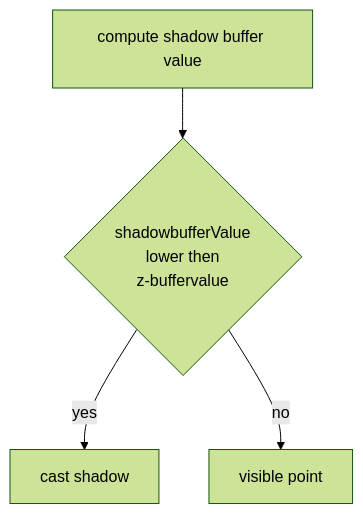
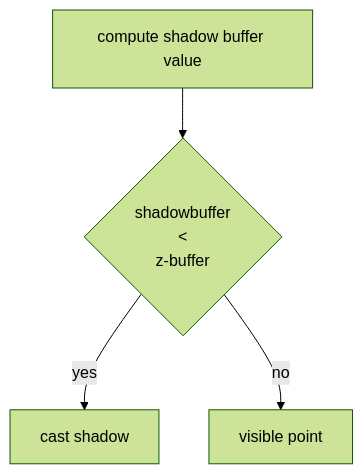
Before and after one commit to carnivuth/computer_graphics: the diagram in pages/SHADOWING.md, drawn with Mermaid (forest theme). The commit also changed other lines of this file and 13 other files, not shown here.

````diff
--- a/pages/SHADOWING.md
+++ b/pages/SHADOWING.md
@@ -53,10 +53,10 @@
 ```mermaid
 flowchart TD
 A[compute shadow buffer value]
-B{shadowbufferValue \n lower then \n z-buffervalue}
+B{shadowbuffer<br/>< <br/>z-buffer}
 C[cast shadow]
 D[visible point]
 A --> B 
 B --yes--> C
 B --no --> D
 ```
````
